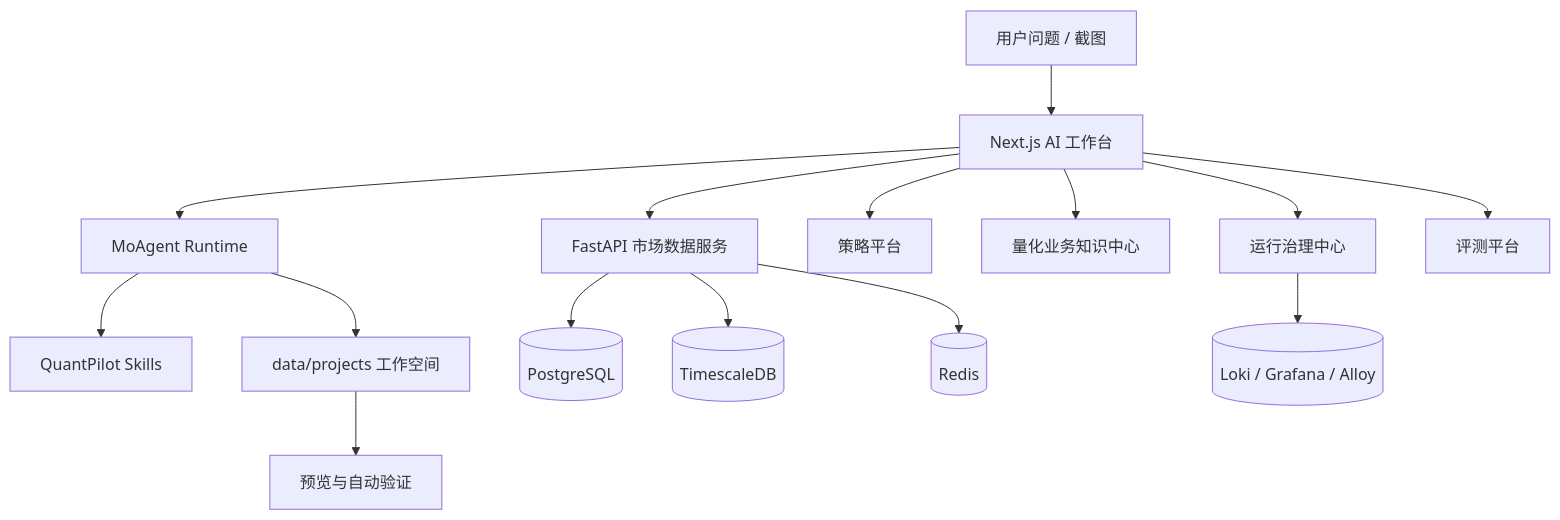
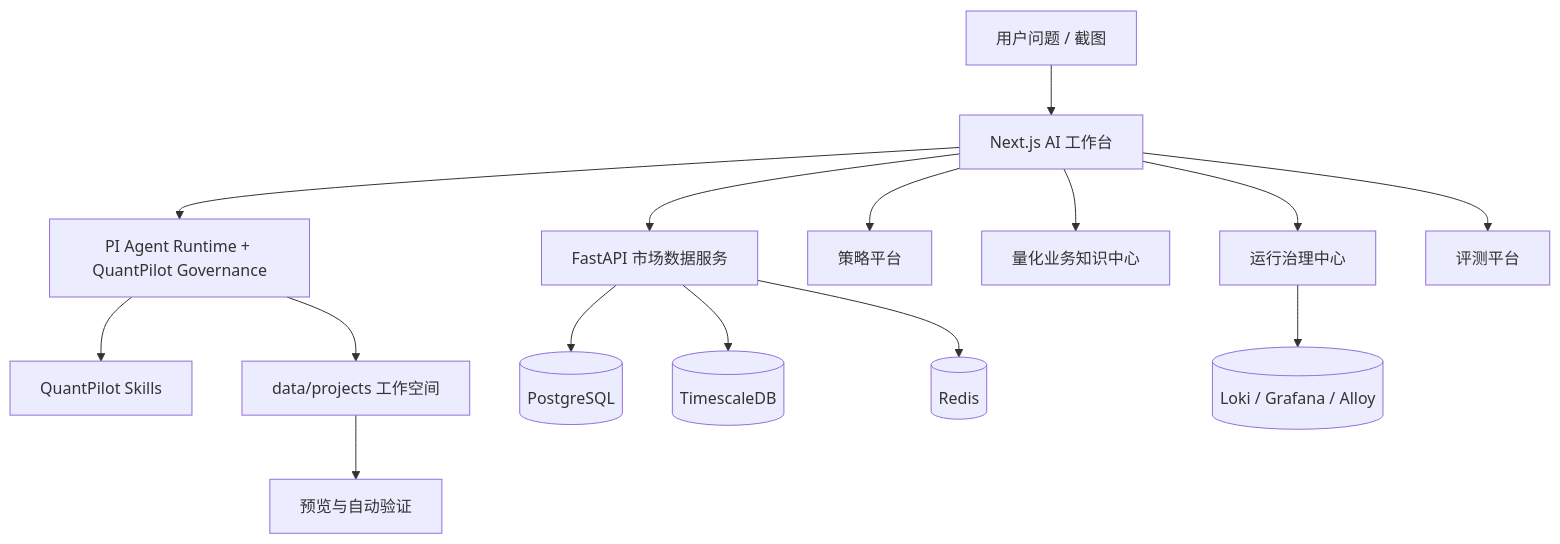
One commit to xbzz1018/SignalForge changed the diagram in docs/README.md. Above: the diagram before and after it, drawn with Mermaid. The commit also changed other lines of this file and 28 other files, not shown here.

````diff
--- a/docs/README.md
+++ b/docs/README.md
@@ -95,17 +95,17 @@
 ```mermaid
 flowchart TB
   U[用户问题 / 截图] --> W[Next.js AI 工作台]
-  W --> R[MoAgent Runtime]
+  W --> R[PI Agent Runtime + QuantPilot Governance]
   R --> SK[QuantPilot Skills]
   W --> MD[FastAPI 市场数据服务]
   MD --> PG[(PostgreSQL)]
   MD --> TS[(TimescaleDB)]
   MD --> RD[(Redis)]
   OP --> LK[(Loki / Grafana / Alloy)]
   R --> WS[data/projects 工作空间]
   WS --> V[预览与自动验证]
   W --> SP[策略平台]
   W --> DP[量化业务知识中心]
   W --> OP[运行治理中心]
   W --> EP[评测平台]
 ```
````
